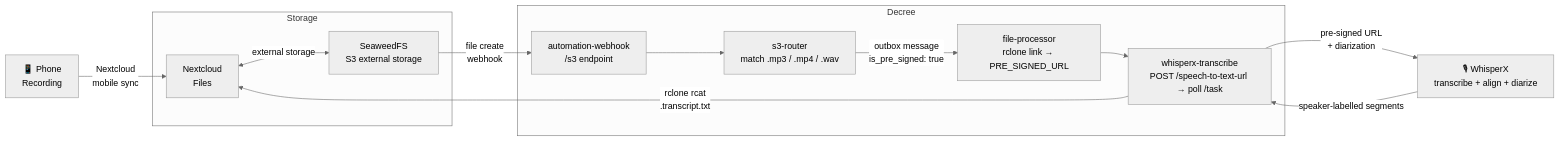
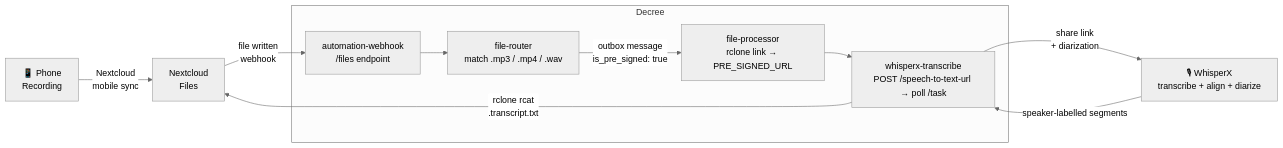
One commit to jtmckay/existential changed the diagram in site/docs/flows/recording-transcription.md. Above: the diagram before and after it, drawn with Mermaid (neutral theme). The commit also changed other lines of this file and 116 other files, not shown here.

````diff
--- a/site/docs/flows/recording-transcription.md
+++ b/site/docs/flows/recording-transcription.md
@@ -9,29 +9,24 @@
 ```mermaid
 flowchart LR
     phone["📱 Phone\nRecording"] -->|"Nextcloud\nmobile sync"| nc
 
-    subgraph storage["Storage"]
-        nc["Nextcloud\nFiles"]
-        seaweedfs["SeaweedFS
-S3 external storage"]
-        nc <-->|"external storage"| seaweedfs
-    end
+    nc["Nextcloud\nFiles"]
 
-    seaweedfs -->|"file create
+    nc -->|"file written
 webhook"| webhook
 
     subgraph decree["Decree"]
         webhook["automation-webhook
-/s3 endpoint"]
-        router["s3-router\nmatch .mp3 / .mp4 / .wav"]
+/files endpoint"]
+        router["file-router\nmatch .mp3 / .mp4 / .wav"]
         processor["file-processor\nrclone link → PRE_SIGNED_URL"]
         transcriber["whisperx-transcribe\nPOST /speech-to-text-url → poll /task"]
         webhook --> router
         router -->|"outbox message\nis_pre_signed: true"| processor
         processor --> transcriber
     end
 
-    transcriber -->|"pre-signed URL\n+ diarization"| whisper["🎙 WhisperX\ntranscribe + align + diarize"]
+    transcriber -->|"share link\n+ diarization"| whisper["🎙 WhisperX\ntranscribe + align + diarize"]
     whisper -->|"speaker-labelled segments"| transcriber
     transcriber -->|"rclone rcat\n.transcript.txt"| nc
 ```
````
